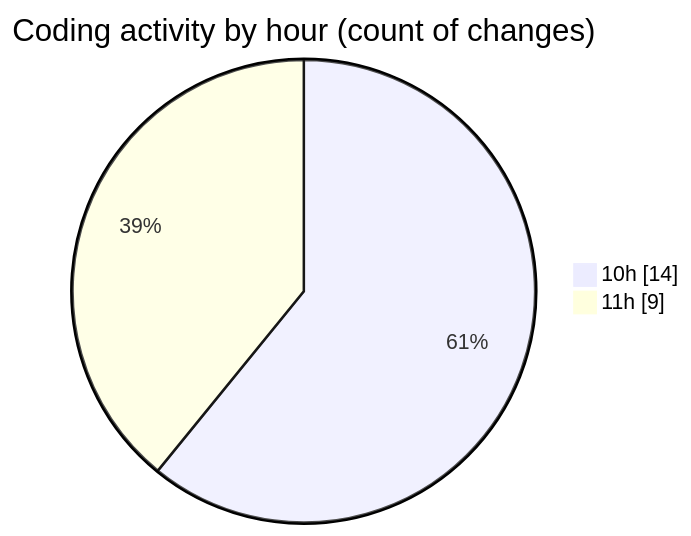
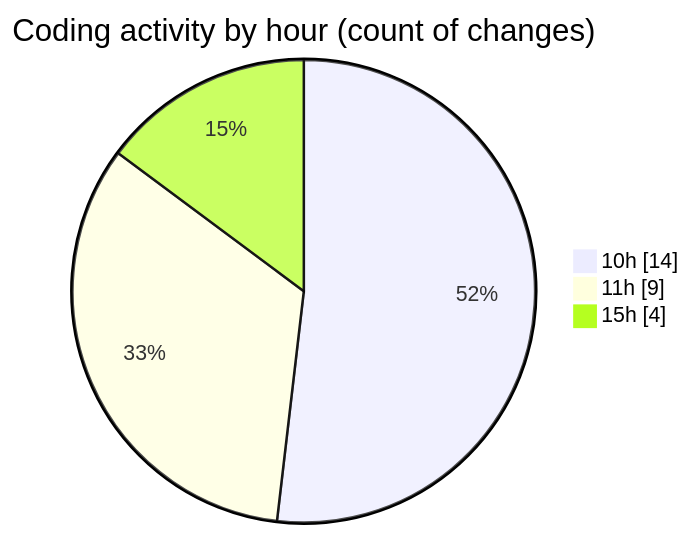
Before and after one commit to Elitesun/code-tracking: the second of 2 diagrams in 2025-02-08/react_ecom/README.md, drawn with Mermaid. The commit also changed other lines of this file and 1 other file, not shown here.

````diff
--- a/2025-02-08/react_ecom/README.md
+++ b/2025-02-08/react_ecom/README.md
@@ -34,6 +34,7 @@
 ```mermaid
 pie showData
 title Coding activity by hour (count of changes)
 "10h" : 14
 "11h" : 9
+"15h" : 4
 ```
````
